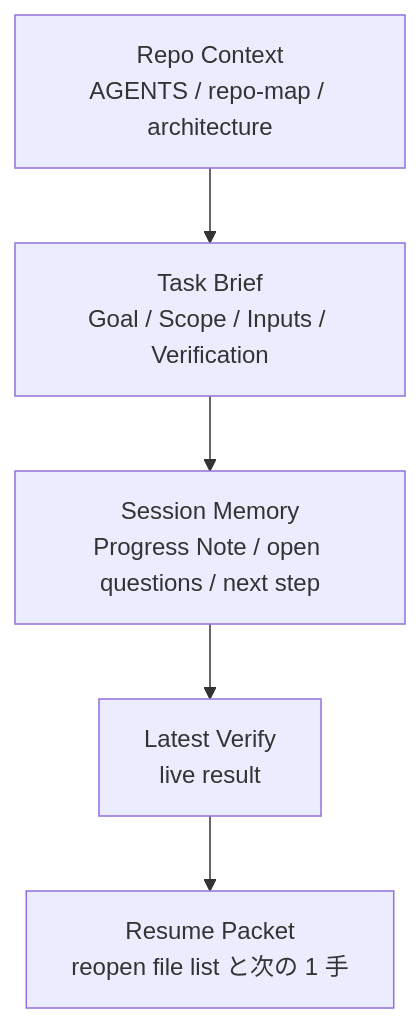
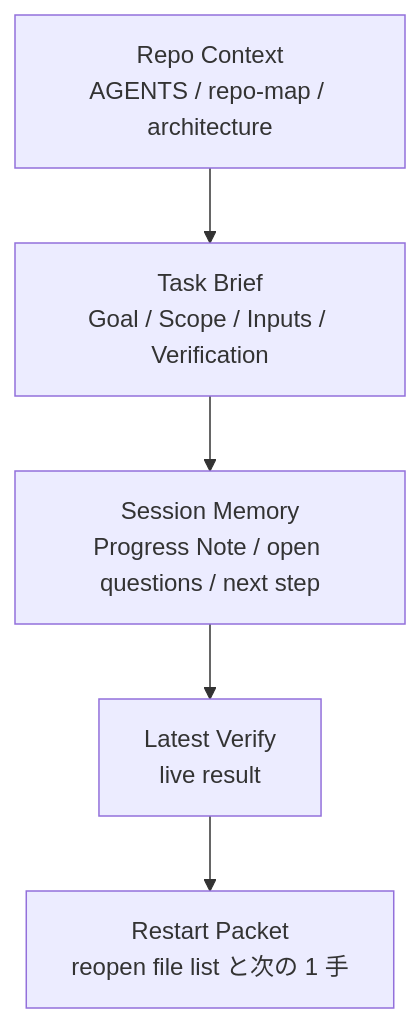
Before and after one commit to itdojp/ai-agent-engineering-book: the diagram in manuscript/figures/fig-03-resume-packet.mmd, drawn with Mermaid. The commit also changed 5 other files, not shown here.

Commit message:
Align restart packet references across briefs and figures

```diff
--- a/manuscript/figures/fig-03-resume-packet.mmd
+++ b/manuscript/figures/fig-03-resume-packet.mmd
@@ -1,8 +1,8 @@
 %% title: fig-03 resume packet
 %% chapter: CH07
 %% caption: 再開時は repo context から task brief、session memory、live verify へ降りる順で読むと drift が減る。
 flowchart TB
     A[Repo Context<br/>AGENTS / repo-map / architecture] --> B[Task Brief<br/>Goal / Scope / Inputs / Verification]
     B --> C[Session Memory<br/>Progress Note / open questions / next step]
     C --> D[Latest Verify<br/>live result]
-    D --> E[Resume Packet<br/>reopen file list と次の 1 手]
+    D --> E[Restart Packet<br/>reopen file list と次の 1 手]
```
